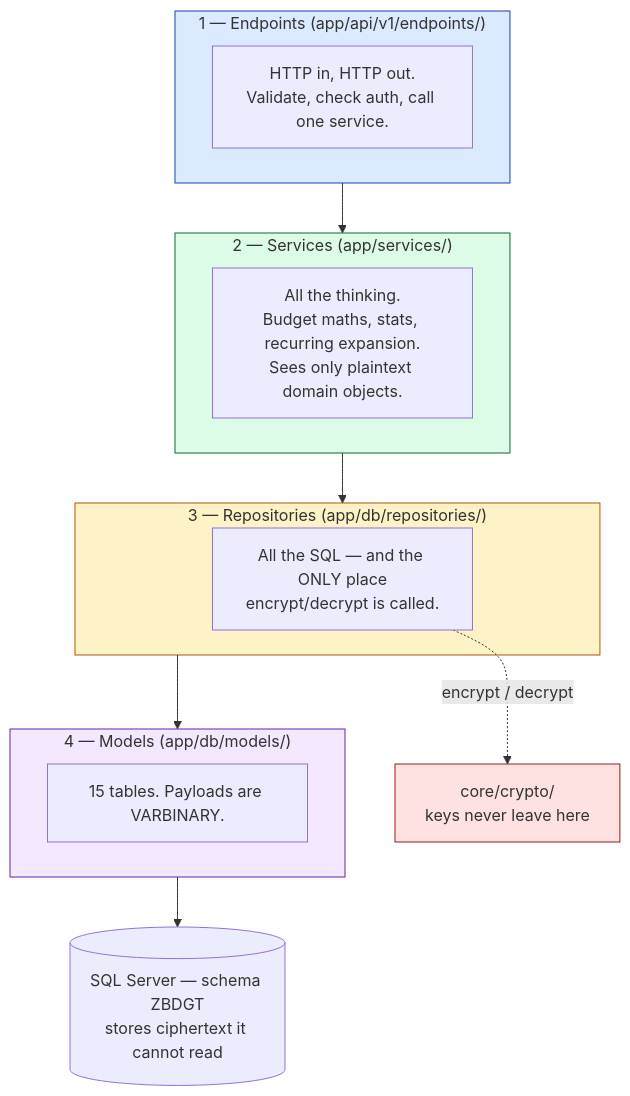
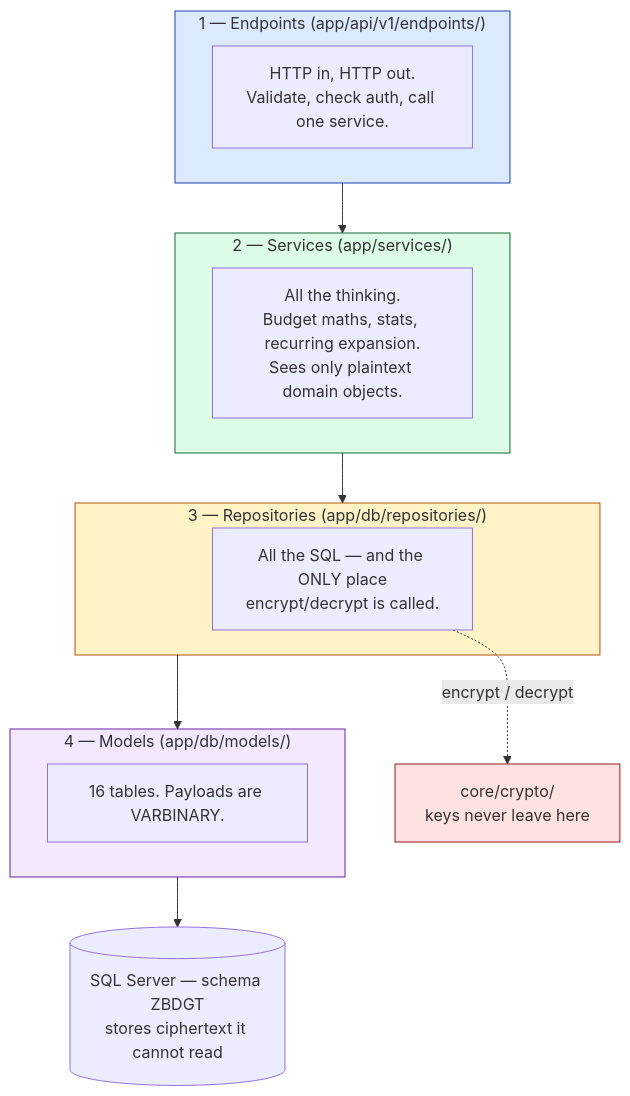
The fourth of 13 diagrams in misc/ARCHITECTURE_OVERVIEW.md (zakura1x/Budget-App), drawn with Mermaid before and after one commit. The commit also changed other lines of this file and 30 other files, not shown here.

````diff
--- a/misc/ARCHITECTURE_OVERVIEW.md
+++ b/misc/ARCHITECTURE_OVERVIEW.md
@@ -102,24 +102,24 @@
 ```mermaid
 graph TD
     subgraph L1["1 — Endpoints (app/api/v1/endpoints/)"]
         E["HTTP in, HTTP out.<br/>Validate, check auth, call one service."]
     end
     subgraph L2["2 — Services (app/services/)"]
         S["All the thinking.<br/>Budget maths, stats, recurring expansion.<br/>Sees only plaintext domain objects."]
     end
     subgraph L3["3 — Repositories (app/db/repositories/)"]
         RP["All the SQL — and the ONLY place<br/>encrypt/decrypt is called."]
     end
     subgraph L4["4 — Models (app/db/models/)"]
-        MD["15 tables. Payloads are VARBINARY."]
+        MD["16 tables. Payloads are VARBINARY."]
     end
 
     L1 --> L2 --> L3 --> L4 --> DB[("SQL Server — schema ZBDGT<br/>stores ciphertext it cannot read")]
     RP -.->|"encrypt / decrypt"| CR["core/crypto/<br/>keys never leave here"]
 
     style L1 fill:#dbeafe,stroke:#1e40af
     style L2 fill:#dcfce7,stroke:#166534
     style L3 fill:#fef3c7,stroke:#b45309
     style L4 fill:#f3e8ff,stroke:#6b21a8
     style CR fill:#fee2e2,stroke:#991b1b
 ```
````
